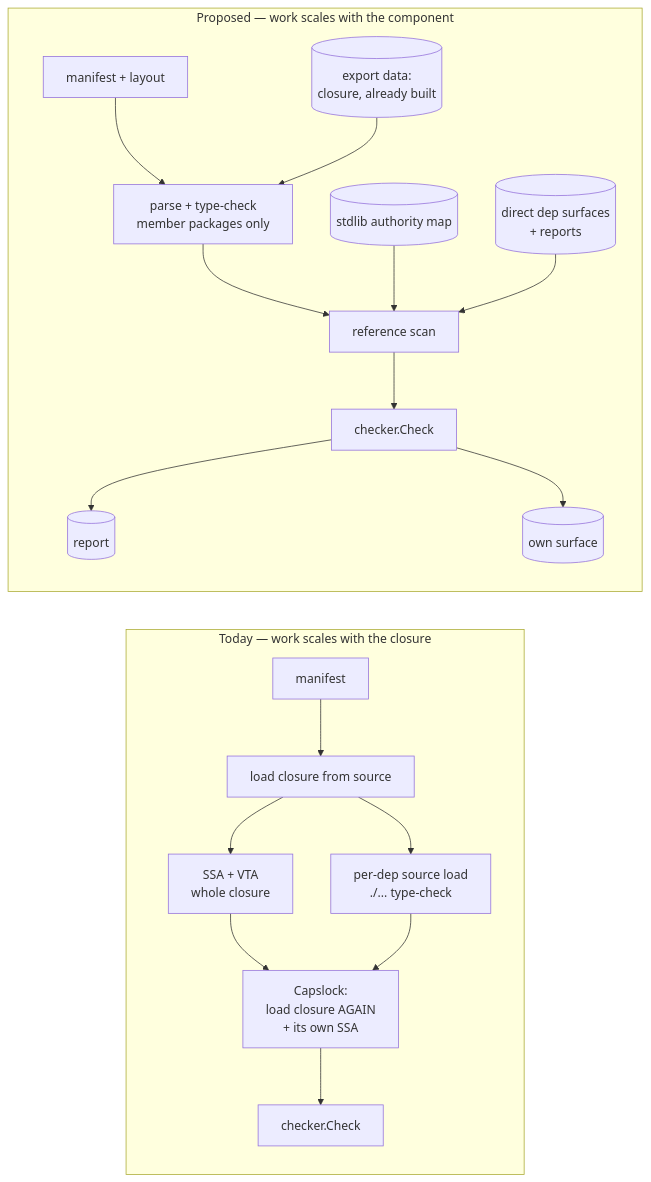
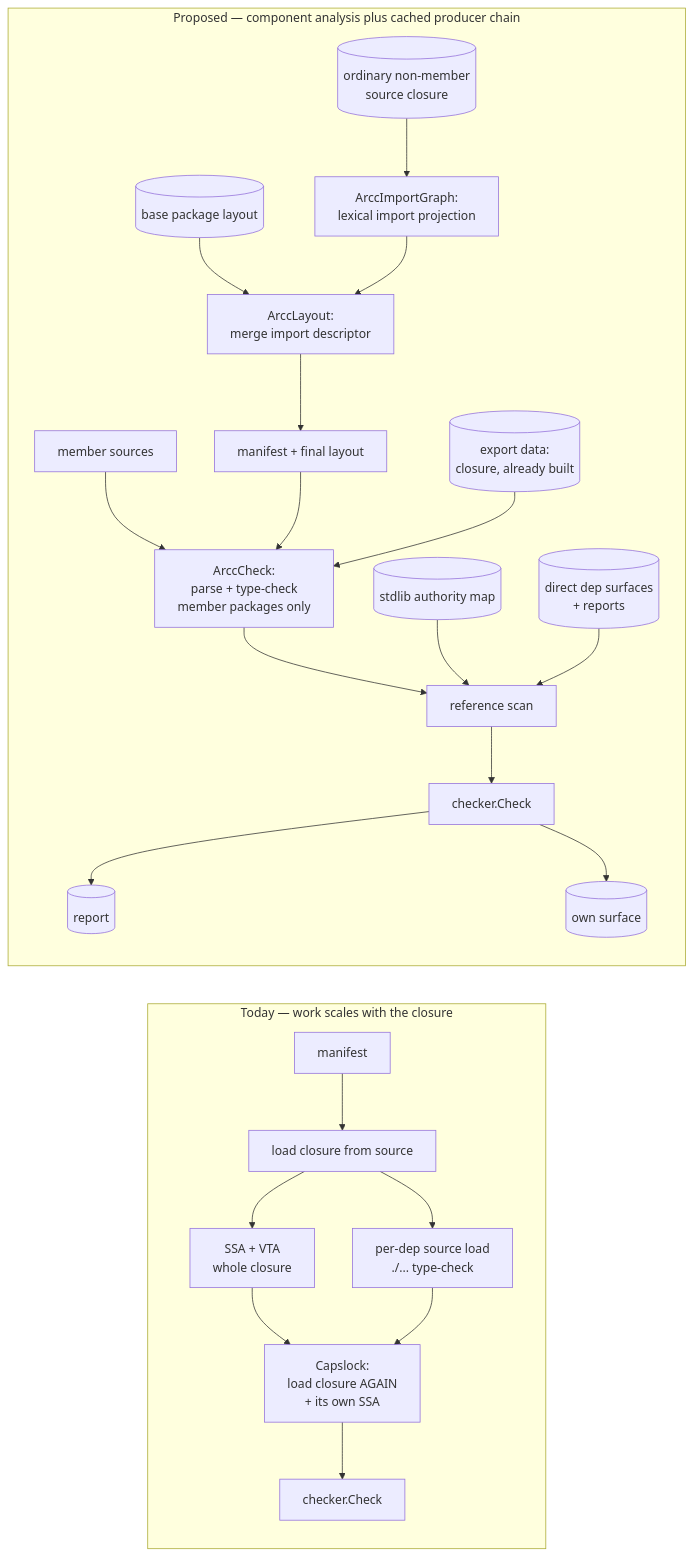
One commit to ono-sendai-labs/architectural-contracts changed the first of 4 diagrams in .agents/planning/2026-08-04-compositional-component-analysis/design/detailed-design.md. Above: the diagram before and after it, drawn with Mermaid. The commit also changed other lines of this file, not shown here.

````diff
--- a/.agents/planning/2026-08-04-compositional-component-analysis/design/detailed-design.md
+++ b/.agents/planning/2026-08-04-compositional-component-analysis/design/detailed-design.md
@@ -213,21 +236,26 @@
 ```mermaid
 flowchart LR
     subgraph Before["Today — work scales with the closure"]
         B1[manifest] --> B2[load closure from source]
         B2 --> B3["SSA + VTA<br/>whole closure"]
         B2 --> B4["per-dep source load<br/>./... type-check"]
         B3 --> B5["Capslock:<br/>load closure AGAIN<br/>+ its own SSA"]
         B4 --> B5
         B5 --> B6[checker.Check]
     end
-    subgraph After["Proposed — work scales with the component"]
-        A1[manifest + layout] --> A2["parse + type-check<br/>member packages only"]
+    subgraph After["Proposed — component analysis plus cached producer chain"]
+        A0[member sources] --> A2["ArccCheck:<br/>parse + type-check<br/>member packages only"]
+        A1[manifest + final layout] --> A2
         A9[(export data:<br/>closure, already built)] --> A2
         A2 --> A3[reference scan]
         A4[(stdlib authority map)] --> A3
         A5[(direct dep surfaces<br/>+ reports)] --> A3
         A3 --> A6[checker.Check]
         A6 --> A7[(report)]
         A6 --> A8[(own surface)]
+        A10[(ordinary non-member<br/>source closure)] --> A11["ArccImportGraph:<br/>lexical import projection"]
+        A12[(base package layout)] --> A13["ArccLayout:<br/>merge import descriptor"]
+        A11 --> A13
+        A13 --> A1
     end
 ```
````
